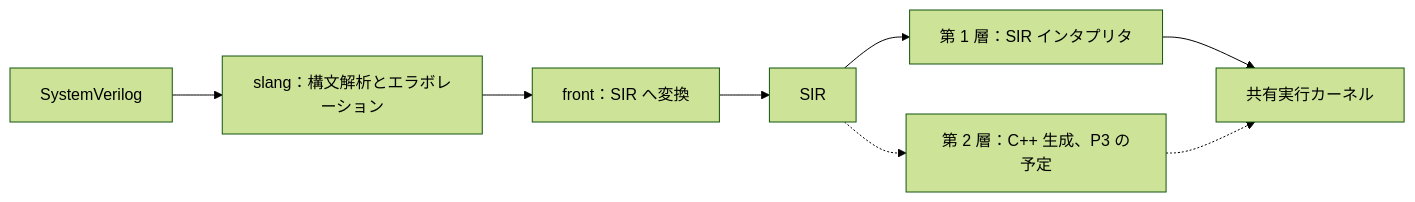
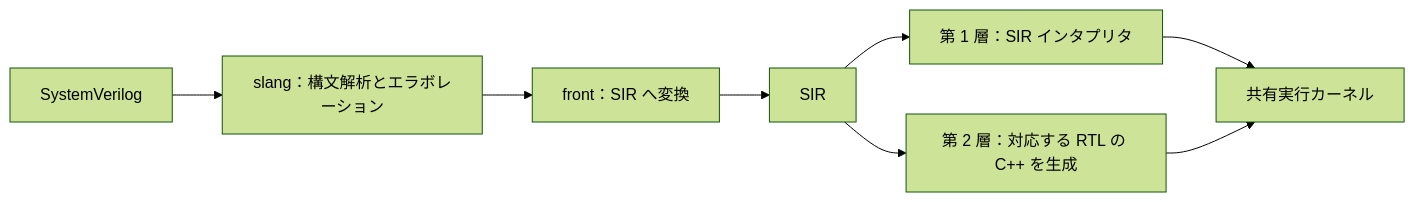
Before and after one commit to kurochan001/kirimasim: the diagram in README.ja.md, drawn with Mermaid (forest theme). The commit also changed other lines of this file and 27 other files, not shown here.

````diff
--- a/README.ja.md
+++ b/README.ja.md
@@ -290,8 +292,8 @@
 ```mermaid
 flowchart LR
     source[SystemVerilog] --> slang["slang：構文解析とエラボレーション"]
     slang --> front["front：SIR へ変換"] --> sir[SIR]
     sir --> vm["第 1 層：SIR インタプリタ"] --> kernel["共有実行カーネル"]
-    sir -.-> cpp["第 2 層：C++ 生成、P3 の予定"]
-    cpp -.-> kernel
+    sir --> cpp["第 2 層：対応する RTL の C++ を生成"]
+    cpp --> kernel
 ```
````
